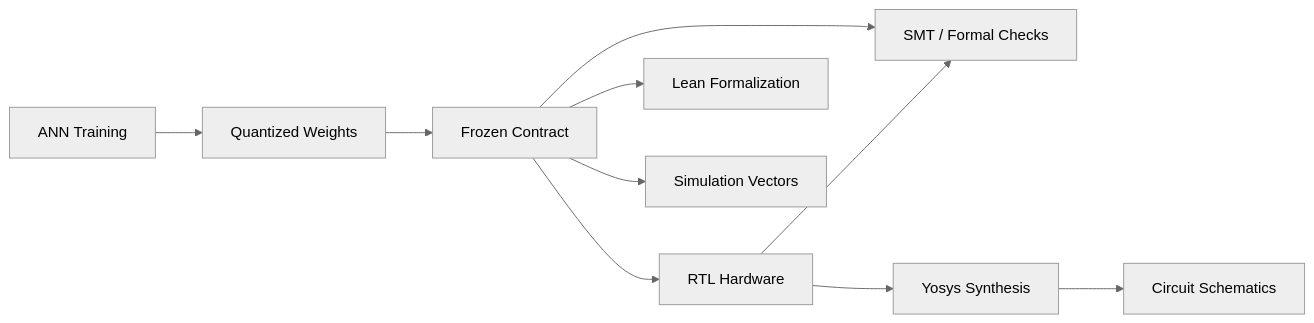
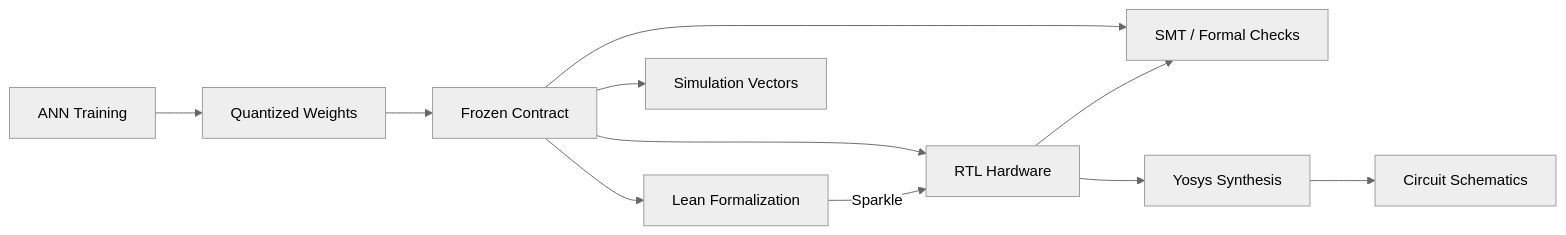
One commit to dfdgsdfg/ann-rtl-lean-poc changed the first of 7 diagrams in docs/from-ann-to-proven-hardware.md. Above: the diagram before and after it, drawn with Mermaid (neutral theme). The commit also changed other lines of this file and 20 other files, not shown here.

````diff
--- a/docs/from-ann-to-proven-hardware.md
+++ b/docs/from-ann-to-proven-hardware.md
@@ -7,12 +7,13 @@
 ```mermaid
 graph LR
     A[ANN Training] --> B[Quantized Weights]
     B --> C[Frozen Contract]
     C --> D[RTL Hardware]
     C --> E[Lean Formalization]
     C --> F[Simulation Vectors]
     C --> I[SMT / Formal Checks]
+    E -->|Sparkle| D
     D --> G[Yosys Synthesis]
     D --> I
     G --> H[Circuit Schematics]
 ```
````
